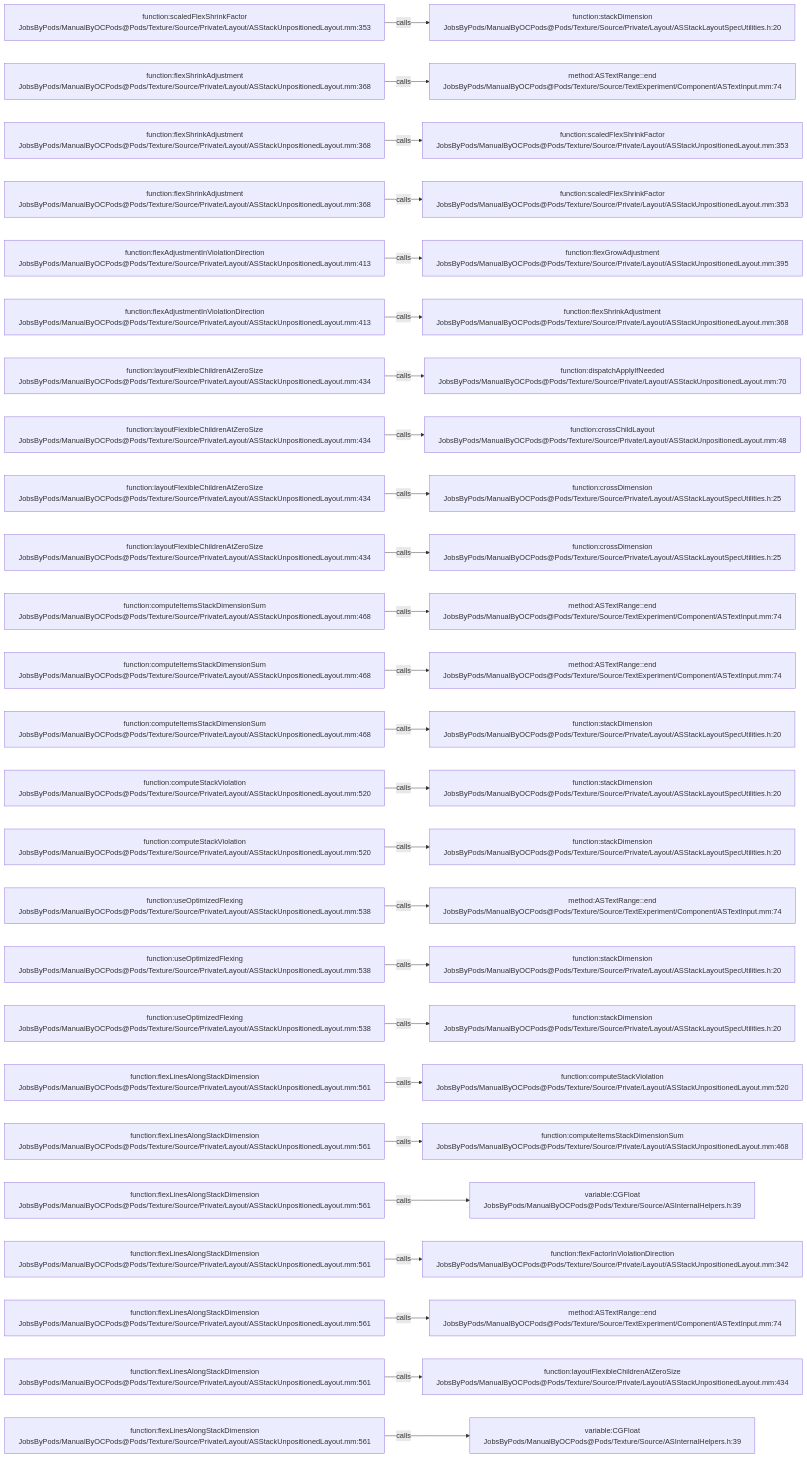
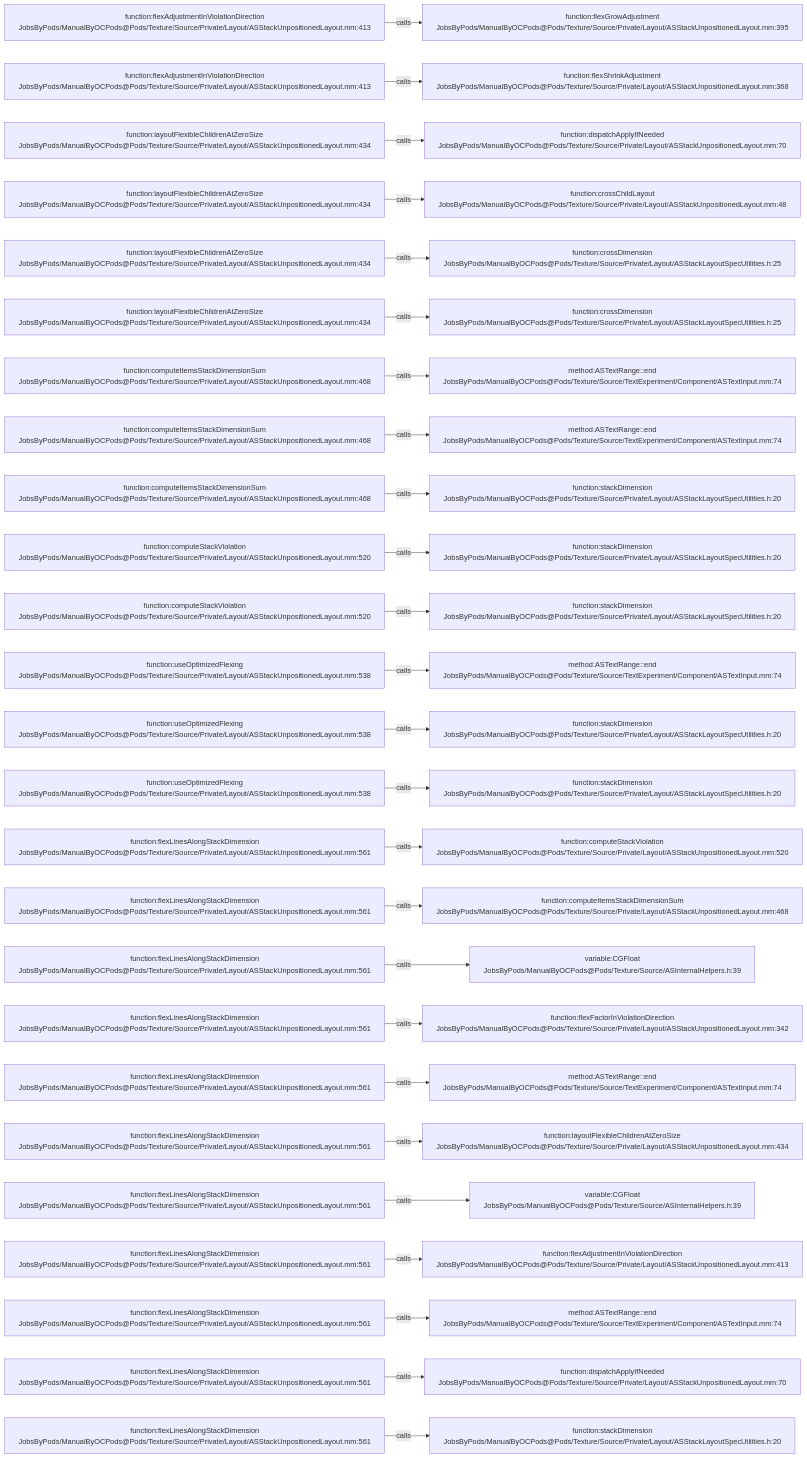
One commit to JobsKits/JobsOCBaseConfigDemo changed the diagram in .codegraph/codegraph.md/graphs/calls-193.md. Above: the diagram before and after it, drawn with Mermaid. The commit also changed 727 other files, not shown here.

````diff
--- a/.codegraph/codegraph.md/graphs/calls-193.md
+++ b/.codegraph/codegraph.md/graphs/calls-193.md
@@ -13,78 +13,78 @@
 ```mermaid
 flowchart LR
-  S1["function:scaledFlexShrinkFactor<br/>JobsByPods/ManualByOCPods@Pods/Texture/Source/Private/Layout/ASStackUnpositionedLayout.mm:353"]
-  T1["function:stackDimension<br/>JobsByPods/ManualByOCPods@Pods/Texture/Source/Private/Layout/ASStackLayoutSpecUtilities.h:20"]
+  S1["function:flexAdjustmentInViolationDirection<br/>JobsByPods/ManualByOCPods@Pods/Texture/Source/Private/Layout/ASStackUnpositionedLayout.mm:413"]
+  T1["function:flexGrowAdjustment<br/>JobsByPods/ManualByOCPods@Pods/Texture/Source/Private/Layout/ASStackUnpositionedLayout.mm:395"]
   S1 -->|calls| T1
-  S2["function:flexShrinkAdjustment<br/>JobsByPods/ManualByOCPods@Pods/Texture/Source/Private/Layout/ASStackUnpositionedLayout.mm:368"]
-  T2["method:ASTextRange::end<br/>JobsByPods/ManualByOCPods@Pods/Texture/Source/TextExperiment/Component/ASTextInput.mm:74"]
+  S2["function:flexAdjustmentInViolationDirection<br/>JobsByPods/ManualByOCPods@Pods/Texture/Source/Private/Layout/ASStackUnpositionedLayout.mm:413"]
+  T2["function:flexShrinkAdjustment<br/>JobsByPods/ManualByOCPods@Pods/Texture/Source/Private/Layout/ASStackUnpositionedLayout.mm:368"]
   S2 -->|calls| T2
-  S3["function:flexShrinkAdjustment<br/>JobsByPods/ManualByOCPods@Pods/Texture/Source/Private/Layout/ASStackUnpositionedLayout.mm:368"]
-  T3["function:scaledFlexShrinkFactor<br/>JobsByPods/ManualByOCPods@Pods/Texture/Source/Private/Layout/ASStackUnpositionedLayout.mm:353"]
+  S3["function:layoutFlexibleChildrenAtZeroSize<br/>JobsByPods/ManualByOCPods@Pods/Texture/Source/Private/Layout/ASStackUnpositionedLayout.mm:434"]
+  T3["function:dispatchApplyIfNeeded<br/>JobsByPods/ManualByOCPods@Pods/Texture/Source/Private/Layout/ASStackUnpositionedLayout.mm:70"]
   S3 -->|calls| T3
-  S4["function:flexShrinkAdjustment<br/>JobsByPods/ManualByOCPods@Pods/Texture/Source/Private/Layout/ASStackUnpositionedLayout.mm:368"]
-  T4["function:scaledFlexShrinkFactor<br/>JobsByPods/ManualByOCPods@Pods/Texture/Source/Private/Layout/ASStackUnpositionedLayout.mm:353"]
+  S4["function:layoutFlexibleChildrenAtZeroSize<br/>JobsByPods/ManualByOCPods@Pods/Texture/Source/Private/Layout/ASStackUnpositionedLayout.mm:434"]
+  T4["function:crossChildLayout<br/>JobsByPods/ManualByOCPods@Pods/Texture/Source/Private/Layout/ASStackUnpositionedLayout.mm:48"]
   S4 -->|calls| T4
-  S5["function:flexAdjustmentInViolationDirection<br/>JobsByPods/ManualByOCPods@Pods/Texture/Source/Private/Layout/ASStackUnpositionedLayout.mm:413"]
-  T5["function:flexGrowAdjustment<br/>JobsByPods/ManualByOCPods@Pods/Texture/Source/Private/Layout/ASStackUnpositionedLayout.mm:395"]
+  S5["function:layoutFlexibleChildrenAtZeroSize<br/>JobsByPods/ManualByOCPods@Pods/Texture/Source/Private/Layout/ASStackUnpositionedLayout.mm:434"]
+  T5["function:crossDimension<br/>JobsByPods/ManualByOCPods@Pods/Texture/Source/Private/Layout/ASStackLayoutSpecUtilities.h:25"]
   S5 -->|calls| T5
-  S6["function:flexAdjustmentInViolationDirection<br/>JobsByPods/ManualByOCPods@Pods/Texture/Source/Private/Layout/ASStackUnpositionedLayout.mm:413"]
-  T6["function:flexShrinkAdjustment<br/>JobsByPods/ManualByOCPods@Pods/Texture/Source/Private/Layout/ASStackUnpositionedLayout.mm:368"]
+  S6["function:layoutFlexibleChildrenAtZeroSize<br/>JobsByPods/ManualByOCPods@Pods/Texture/Source/Private/Layout/ASStackUnpositionedLayout.mm:434"]
+  T6["function:crossDimension<br/>JobsByPods/ManualByOCPods@Pods/Texture/Source/Private/Layout/ASStackLayoutSpecUtilities.h:25"]
   S6 -->|calls| T6
-  S7["function:layoutFlexibleChildrenAtZeroSize<br/>JobsByPods/ManualByOCPods@Pods/Texture/Source/Private/Layout/ASStackUnpositionedLayout.mm:434"]
-  T7["function:dispatchApplyIfNeeded<br/>JobsByPods/ManualByOCPods@Pods/Texture/Source/Private/Layout/ASStackUnpositionedLayout.mm:70"]
+  S7["function:computeItemsStackDimensionSum<br/>JobsByPods/ManualByOCPods@Pods/Texture/Source/Private/Layout/ASStackUnpositionedLayout.mm:468"]
+  T7["method:ASTextRange::end<br/>JobsByPods/ManualByOCPods@Pods/Texture/Source/TextExperiment/Component/ASTextInput.mm:74"]
   S7 -->|calls| T7
-  S8["function:layoutFlexibleChildrenAtZeroSize<br/>JobsByPods/ManualByOCPods@Pods/Texture/Source/Private/Layout/ASStackUnpositionedLayout.mm:434"]
-  T8["function:crossChildLayout<br/>JobsByPods/ManualByOCPods@Pods/Texture/Source/Private/Layout/ASStackUnpositionedLayout.mm:48"]
+  S8["function:computeItemsStackDimensionSum<br/>JobsByPods/ManualByOCPods@Pods/Texture/Source/Private/Layout/ASStackUnpositionedLayout.mm:468"]
+  T8["method:ASTextRange::end<br/>JobsByPods/ManualByOCPods@Pods/Texture/Source/TextExperiment/Component/ASTextInput.mm:74"]
   S8 -->|calls| T8
-  S9["function:layoutFlexibleChildrenAtZeroSize<br/>JobsByPods/ManualByOCPods@Pods/Texture/Source/Private/Layout/ASStackUnpositionedLayout.mm:434"]
-  T9["function:crossDimension<br/>JobsByPods/ManualByOCPods@Pods/Texture/Source/Private/Layout/ASStackLayoutSpecUtilities.h:25"]
+  S9["function:computeItemsStackDimensionSum<br/>JobsByPods/ManualByOCPods@Pods/Texture/Source/Private/Layout/ASStackUnpositionedLayout.mm:468"]
+  T9["function:stackDimension<br/>JobsByPods/ManualByOCPods@Pods/Texture/Source/Private/Layout/ASStackLayoutSpecUtilities.h:20"]
   S9 -->|calls| T9
-  S10["function:layoutFlexibleChildrenAtZeroSize<br/>JobsByPods/ManualByOCPods@Pods/Texture/Source/Private/Layout/ASStackUnpositionedLayout.mm:434"]
-  T10["function:crossDimension<br/>JobsByPods/ManualByOCPods@Pods/Texture/Source/Private/Layout/ASStackLayoutSpecUtilities.h:25"]
+  S10["function:computeStackViolation<br/>JobsByPods/ManualByOCPods@Pods/Texture/Source/Private/Layout/ASStackUnpositionedLayout.mm:520"]
+  T10["function:stackDimension<br/>JobsByPods/ManualByOCPods@Pods/Texture/Source/Private/Layout/ASStackLayoutSpecUtilities.h:20"]
   S10 -->|calls| T10
-  S11["function:computeItemsStackDimensionSum<br/>JobsByPods/ManualByOCPods@Pods/Texture/Source/Private/Layout/ASStackUnpositionedLayout.mm:468"]
-  T11["method:ASTextRange::end<br/>JobsByPods/ManualByOCPods@Pods/Texture/Source/TextExperiment/Component/ASTextInput.mm:74"]
+  S11["function:computeStackViolation<br/>JobsByPods/ManualByOCPods@Pods/Texture/Source/Private/Layout/ASStackUnpositionedLayout.mm:520"]
+  T11["function:stackDimension<br/>JobsByPods/ManualByOCPods@Pods/Texture/Source/Private/Layout/ASStackLayoutSpecUtilities.h:20"]
   S11 -->|calls| T11
-  S12["function:computeItemsStackDimensionSum<br/>JobsByPods/ManualByOCPods@Pods/Texture/Source/Private/Layout/ASStackUnpositionedLayout.mm:468"]
+  S12["function:useOptimizedFlexing<br/>JobsByPods/ManualByOCPods@Pods/Texture/Source/Private/Layout/ASStackUnpositionedLayout.mm:538"]
   T12["method:ASTextRange::end<br/>JobsByPods/ManualByOCPods@Pods/Texture/Source/TextExperiment/Component/ASTextInput.mm:74"]
   S12 -->|calls| T12
-  S13["function:computeItemsStackDimensionSum<br/>JobsByPods/ManualByOCPods@Pods/Texture/Source/Private/Layout/ASStackUnpositionedLayout.mm:468"]
+  S13["function:useOptimizedFlexing<br/>JobsByPods/ManualByOCPods@Pods/Texture/Source/Private/Layout/ASStackUnpositionedLayout.mm:538"]
   T13["function:stackDimension<br/>JobsByPods/ManualByOCPods@Pods/Texture/Source/Private/Layout/ASStackLayoutSpecUtilities.h:20"]
   S13 -->|calls| T13
-  S14["function:computeStackViolation<br/>JobsByPods/ManualByOCPods@Pods/Texture/Source/Private/Layout/ASStackUnpositionedLayout.mm:520"]
+  S14["function:useOptimizedFlexing<br/>JobsByPods/ManualByOCPods@Pods/Texture/Source/Private/Layout/ASStackUnpositionedLayout.mm:538"]
   T14["function:stackDimension<br/>JobsByPods/ManualByOCPods@Pods/Texture/Source/Private/Layout/ASStackLayoutSpecUtilities.h:20"]
   S14 -->|calls| T14
-  S15["function:computeStackViolation<br/>JobsByPods/ManualByOCPods@Pods/Texture/Source/Private/Layout/ASStackUnpositionedLayout.mm:520"]
-  T15["function:stackDimension<br/>JobsByPods/ManualByOCPods@Pods/Texture/Source/Private/Layout/ASStackLayoutSpecUtilities.h:20"]
+  S15["function:flexLinesAlongStackDimension<br/>JobsByPods/ManualByOCPods@Pods/Texture/Source/Private/Layout/ASStackUnpositionedLayout.mm:561"]
+  T15["function:computeStackViolation<br/>JobsByPods/ManualByOCPods@Pods/Texture/Source/Private/Layout/ASStackUnpositionedLayout.mm:520"]
   S15 -->|calls| T15
-  S16["function:useOptimizedFlexing<br/>JobsByPods/ManualByOCPods@Pods/Texture/Source/Private/Layout/ASStackUnpositionedLayout.mm:538"]
-  T16["method:ASTextRange::end<br/>JobsByPods/ManualByOCPods@Pods/Texture/Source/TextExperiment/Component/ASTextInput.mm:74"]
+  S16["function:flexLinesAlongStackDimension<br/>JobsByPods/ManualByOCPods@Pods/Texture/Source/Private/Layout/ASStackUnpositionedLayout.mm:561"]
+  T16["function:computeItemsStackDimensionSum<br/>JobsByPods/ManualByOCPods@Pods/Texture/Source/Private/Layout/ASStackUnpositionedLayout.mm:468"]
   S16 -->|calls| T16
-  S17["function:useOptimizedFlexing<br/>JobsByPods/ManualByOCPods@Pods/Texture/Source/Private/Layout/ASStackUnpositionedLayout.mm:538"]
-  T17["function:stackDimension<br/>JobsByPods/ManualByOCPods@Pods/Texture/Source/Private/Layout/ASStackLayoutSpecUtilities.h:20"]
+  S17["function:flexLinesAlongStackDimension<br/>JobsByPods/ManualByOCPods@Pods/Texture/Source/Private/Layout/ASStackUnpositionedLayout.mm:561"]
+  T17["variable:CGFloat<br/>JobsByPods/ManualByOCPods@Pods/Texture/Source/ASInternalHelpers.h:39"]
   S17 -->|calls| T17
-  S18["function:useOptimizedFlexing<br/>JobsByPods/ManualByOCPods@Pods/Texture/Source/Private/Layout/ASStackUnpositionedLayout.mm:538"]
-  T18["function:stackDimension<br/>JobsByPods/ManualByOCPods@Pods/Texture/Source/Private/Layout/ASStackLayoutSpecUtilities.h:20"]
+  S18["function:flexLinesAlongStackDimension<br/>JobsByPods/ManualByOCPods@Pods/Texture/Source/Private/Layout/ASStackUnpositionedLayout.mm:561"]
+  T18["function:flexFactorInViolationDirection<br/>JobsByPods/ManualByOCPods@Pods/Texture/Source/Private/Layout/ASStackUnpositionedLayout.mm:342"]
   S18 -->|calls| T18
   S19["function:flexLinesAlongStackDimension<br/>JobsByPods/ManualByOCPods@Pods/Texture/Source/Private/Layout/ASStackUnpositionedLayout.mm:561"]
-  T19["function:computeStackViolation<br/>JobsByPods/ManualByOCPods@Pods/Texture/Source/Private/Layout/ASStackUnpositionedLayout.mm:520"]
+  T19["method:ASTextRange::end<br/>JobsByPods/ManualByOCPods@Pods/Texture/Source/TextExperiment/Component/ASTextInput.mm:74"]
   S19 -->|calls| T19
   S20["function:flexLinesAlongStackDimension<br/>JobsByPods/ManualByOCPods@Pods/Texture/Source/Private/Layout/ASStackUnpositionedLayout.mm:561"]
-  T20["function:computeItemsStackDimensionSum<br/>JobsByPods/ManualByOCPods@Pods/Texture/Source/Private/Layout/ASStackUnpositionedLayout.mm:468"]
+  T20["function:layoutFlexibleChildrenAtZeroSize<br/>JobsByPods/ManualByOCPods@Pods/Texture/Source/Private/Layout/ASStackUnpositionedLayout.mm:434"]
   S20 -->|calls| T20
   S21["function:flexLinesAlongStackDimension<br/>JobsByPods/ManualByOCPods@Pods/Texture/Source/Private/Layout/ASStackUnpositionedLayout.mm:561"]
   T21["variable:CGFloat<br/>JobsByPods/ManualByOCPods@Pods/Texture/Source/ASInternalHelpers.h:39"]
   S21 -->|calls| T21
   S22["function:flexLinesAlongStackDimension<br/>JobsByPods/ManualByOCPods@Pods/Texture/Source/Private/Layout/ASStackUnpositionedLayout.mm:561"]
-  T22["function:flexFactorInViolationDirection<br/>JobsByPods/ManualByOCPods@Pods/Texture/Source/Private/Layout/ASStackUnpositionedLayout.mm:342"]
+  T22["function:flexAdjustmentInViolationDirection<br/>JobsByPods/ManualByOCPods@Pods/Texture/Source/Private/Layout/ASStackUnpositionedLayout.mm:413"]
   S22 -->|calls| T22
   S23["function:flexLinesAlongStackDimension<br/>JobsByPods/ManualByOCPods@Pods/Texture/Source/Private/Layout/ASStackUnpositionedLayout.mm:561"]
   T23["method:ASTextRange::end<br/>JobsByPods/ManualByOCPods@Pods/Texture/Source/TextExperiment/Component/ASTextInput.mm:74"]
   S23 -->|calls| T23
   S24["function:flexLinesAlongStackDimension<br/>JobsByPods/ManualByOCPods@Pods/Texture/Source/Private/Layout/ASStackUnpositionedLayout.mm:561"]
-  T24["function:layoutFlexibleChildrenAtZeroSize<br/>JobsByPods/ManualByOCPods@Pods/Texture/Source/Private/Layout/ASStackUnpositionedLayout.mm:434"]
+  T24["function:dispatchApplyIfNeeded<br/>JobsByPods/ManualByOCPods@Pods/Texture/Source/Private/Layout/ASStackUnpositionedLayout.mm:70"]
   S24 -->|calls| T24
   S25["function:flexLinesAlongStackDimension<br/>JobsByPods/ManualByOCPods@Pods/Texture/Source/Private/Layout/ASStackUnpositionedLayout.mm:561"]
-  T25["variable:CGFloat<br/>JobsByPods/ManualByOCPods@Pods/Texture/Source/ASInternalHelpers.h:39"]
+  T25["function:stackDimension<br/>JobsByPods/ManualByOCPods@Pods/Texture/Source/Private/Layout/ASStackLayoutSpecUtilities.h:20"]
   S25 -->|calls| T25
 ```
````
